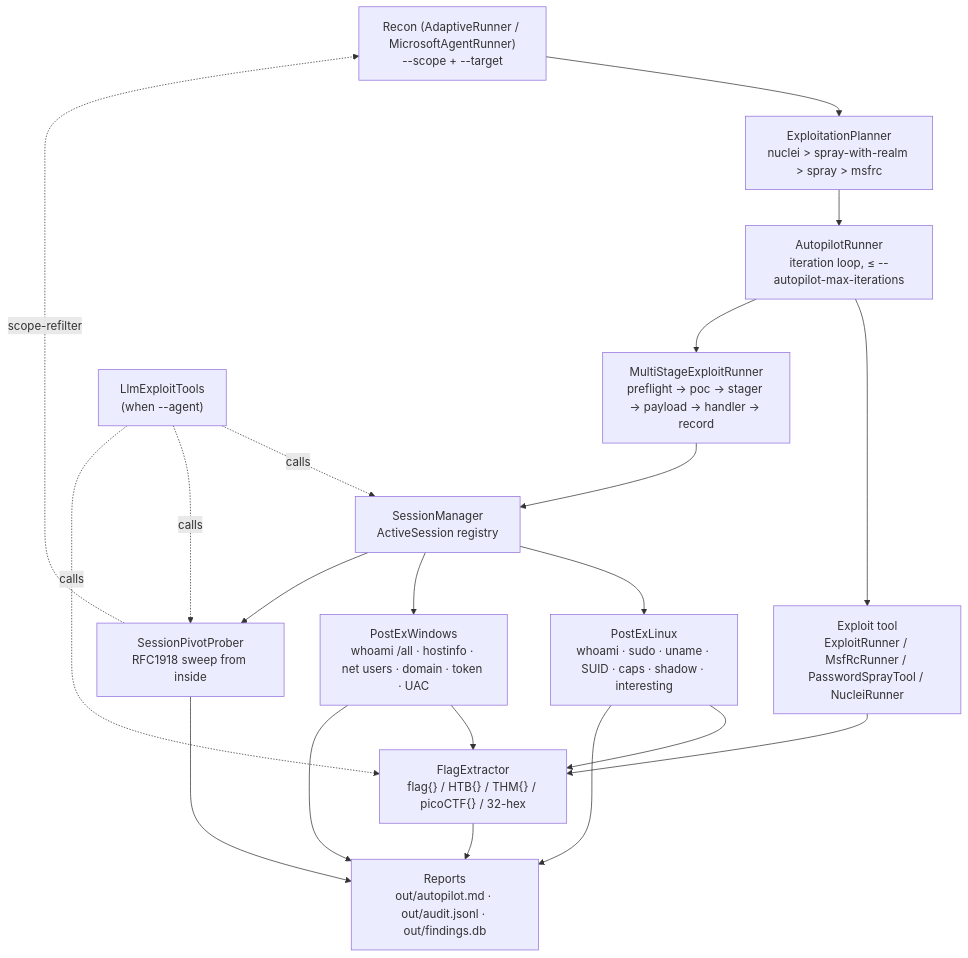
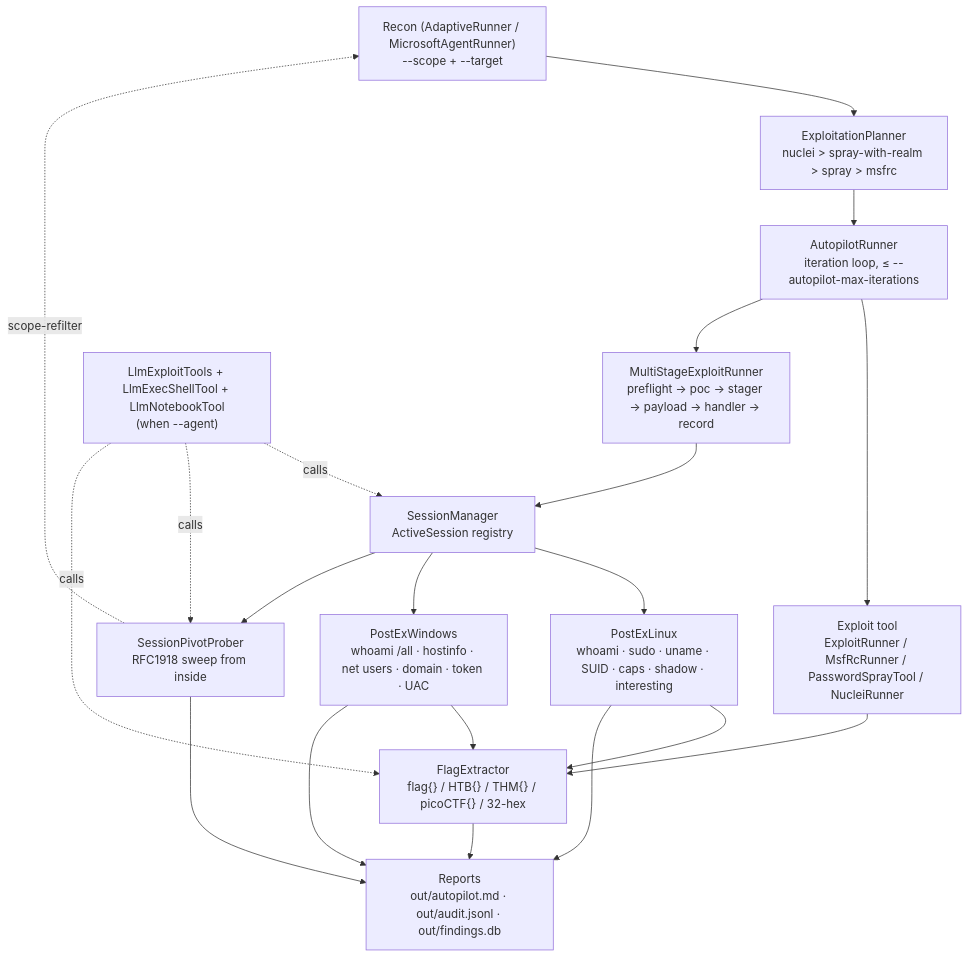
One commit to SchwartzKamel/drederick changed the diagram in docs/POST_EXPLOITATION.md. Above: the diagram before and after it, drawn with Mermaid. The commit also changed 1 other file, not shown here.

Commit message:
docs(audit): sync Mermaid diagrams with v0.4.0 components (#21)
ARCHITECTURE.md (layered subsystem diagram):
- Runner node now lists CopilotSdkAgentRunner, HybridAgentRunner, and
  AutopilotRunner alongside AdaptiveRunner / MicrosoftAgentRunner so the
  diagram matches src/Drederick/Agent/ + src/Drederick/Autopilot/ today.

POST_EXPLOITATION.md (post-ex data flow):
- LLM node now includes LlmExecShellTool and LlmNotebookTool in addition
  to LlmExploitTools, reflecting src/Drederick/Exploit/LlmExecShellTool.cs
  and src/Drederick/Agent/LlmNotebookTool.cs.

Other diagrams reviewed and current:
- README.md short architecture diagram (already mentions HybridAgentRunner).
- docs/UI.md (UI→Host→Scanners — structurally accurate).
- docs/DATASETTE.md (ER diagram — schema accurate).

````diff
--- a/docs/POST_EXPLOITATION.md
+++ b/docs/POST_EXPLOITATION.md
@@ -151,32 +151,32 @@
 ```mermaid
 flowchart TD
     Recon["Recon (AdaptiveRunner / MicrosoftAgentRunner)<br/>--scope + --target"]
     Planner["ExploitationPlanner<br/>nuclei > spray-with-realm > spray > msfrc"]
     Autopilot["AutopilotRunner<br/>iteration loop, ≤ --autopilot-max-iterations"]
     Exploit["Exploit tool<br/>ExploitRunner / MsfRcRunner / PasswordSprayTool / NucleiRunner"]
     Multi["MultiStageExploitRunner<br/>preflight → poc → stager → payload → handler → record"]
     Sessions["SessionManager<br/>ActiveSession registry"]
     Pivot["SessionPivotProber<br/>RFC1918 sweep from inside"]
     PostExL["PostExLinux<br/>whoami · sudo · uname · SUID · caps · shadow · interesting"]
     PostExW["PostExWindows<br/>whoami /all · hostinfo · net users · domain · token · UAC"]
     Flags["FlagExtractor<br/>flag{} / HTB{} / THM{} / picoCTF{} / 32-hex"]
     Reports["Reports<br/>out/autopilot.md · out/audit.jsonl · out/findings.db"]
-    LLM["LlmExploitTools<br/>(when --agent)"]
+    LLM["LlmExploitTools + LlmExecShellTool + LlmNotebookTool<br/>(when --agent)"]
 
     Recon --> Planner --> Autopilot --> Exploit
     Autopilot --> Multi --> Sessions
     Sessions --> PostExL
     Sessions --> PostExW
     Sessions --> Pivot
     Pivot -.scope-refilter.-> Recon
     PostExL --> Flags
     PostExW --> Flags
     Exploit --> Flags
     Flags --> Reports
     PostExL --> Reports
     PostExW --> Reports
     Pivot --> Reports
     LLM -.calls.-> Sessions
     LLM -.calls.-> Pivot
     LLM -.calls.-> Flags
 ```
````
